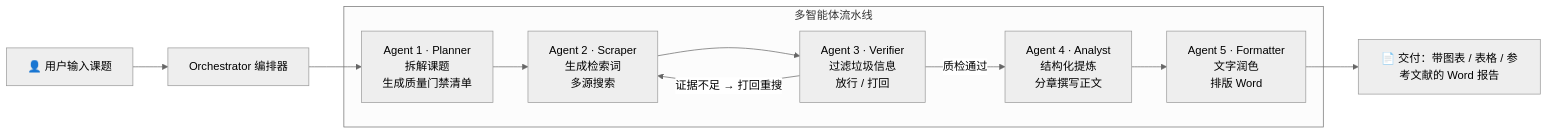
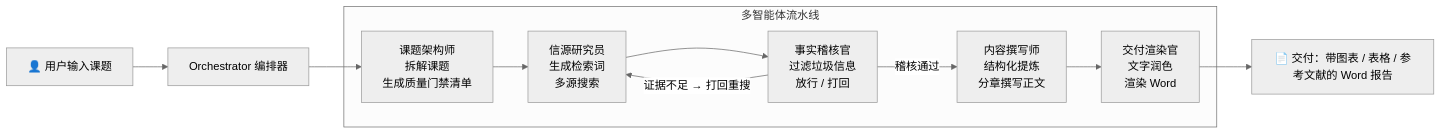
Before and after one commit to yuyu-0808/eco-research-copilot: the diagram in README.md, drawn with Mermaid (neutral theme). The commit also changed other lines of this file and 8 other files, not shown here.

````diff
--- a/README.md
+++ b/README.md
@@ -36,15 +36,15 @@
 ```mermaid
 flowchart LR
     U[👤 用户输入课题] --> O[Orchestrator 编排器]
     subgraph Pipeline["多智能体流水线"]
-        A1[Agent 1 · Planner<br/>拆解课题<br/>生成质量门禁清单]
-        A2[Agent 2 · Scraper<br/>生成检索词<br/>多源搜索]
-        A3[Agent 3 · Verifier<br/>过滤垃圾信息<br/>放行 / 打回]
-        A4[Agent 4 · Analyst<br/>结构化提炼<br/>分章撰写正文]
-        A5[Agent 5 · Formatter<br/>文字润色<br/>排版 Word]
+        A1[课题架构师<br/>拆解课题<br/>生成质量门禁清单]
+        A2[信源研究员<br/>生成检索词<br/>多源搜索]
+        A3[事实稽核官<br/>过滤垃圾信息<br/>放行 / 打回]
+        A4[内容撰写师<br/>结构化提炼<br/>分章撰写正文]
+        A5[交付渲染官<br/>文字润色<br/>渲染 Word]
     end
     O --> A1 --> A2 --> A3
     A3 -- "证据不足 → 打回重搜" --> A2
-    A3 -- "质检通过" --> A4 --> A5
+    A3 -- "稽核通过" --> A4 --> A5
     A5 --> D[📄 交付：带图表 / 表格 / 参考文献的 Word 报告]
 ```
````
